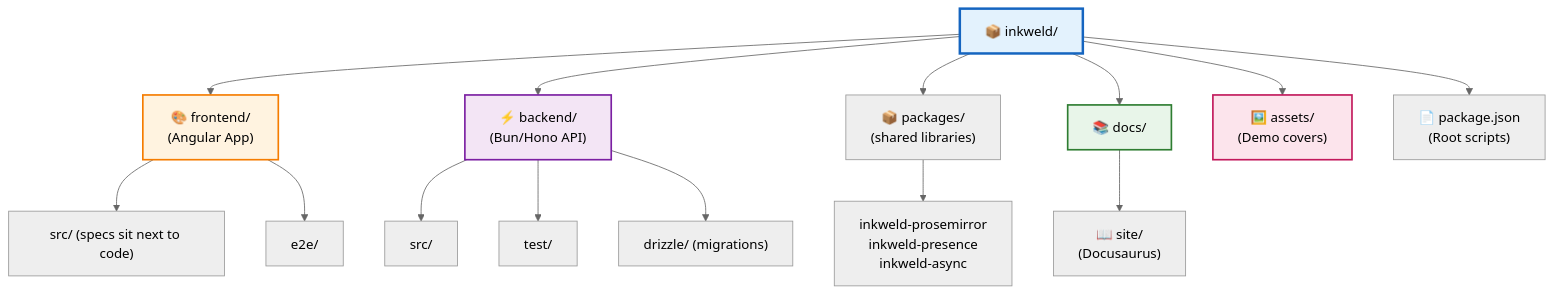
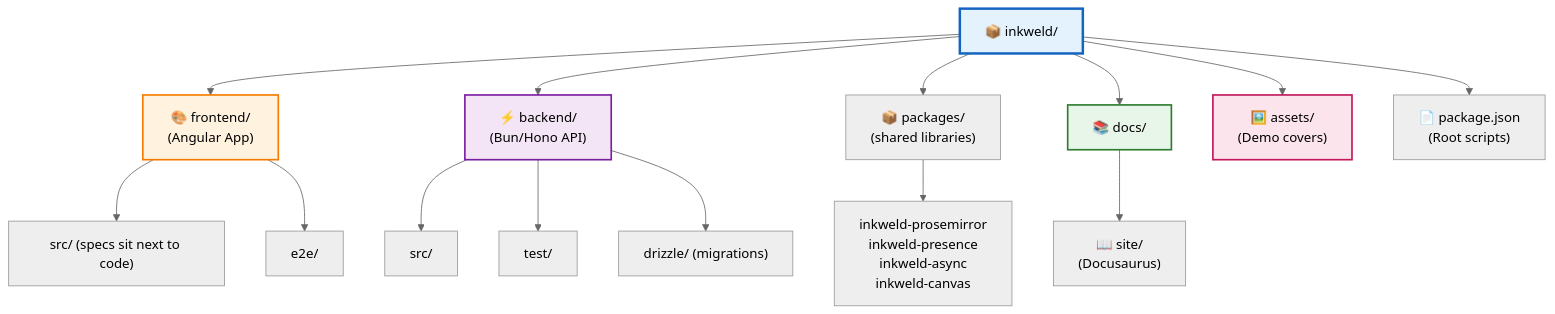
One commit to bobbyquantum/inkweld changed the ninth of 9 diagrams in docs/site/docs/developer/architecture.md. Above: the diagram before and after it, drawn with Mermaid. The commit also changed other lines of this file and 80 other files, not shown here.

````diff
--- a/docs/site/docs/developer/architecture.md
+++ b/docs/site/docs/developer/architecture.md
@@ -718,29 +719,29 @@
 ```mermaid
 %%{init: {'theme':'neutral'}}%%
 graph TD
     Root["📦 inkweld/"]
 
     Root --> FE["🎨 frontend/<br/>(Angular App)"]
     Root --> BE["⚡ backend/<br/>(Bun/Hono API)"]
     Root --> PK["📦 packages/<br/>(shared libraries)"]
     Root --> Docs["📚 docs/"]
     Root --> Assets["🖼️ assets/<br/>(Demo covers)"]
     Root --> PKG["📄 package.json<br/>(Root scripts)"]
 
     Docs --> Site["📖 site/<br/>(Docusaurus)"]
 
     FE --> FESrc["src/ (specs sit next to code)"]
     FE --> FEE2E["e2e/"]
 
     BE --> BESrc["src/"]
     BE --> BETest["test/"]
     BE --> BEMig["drizzle/ (migrations)"]
 
-    PK --> PKP["inkweld-prosemirror<br/>inkweld-presence<br/>inkweld-async"]
+    PK --> PKP["inkweld-prosemirror<br/>inkweld-presence<br/>inkweld-async<br/>inkweld-canvas"]
 
     style Root fill:#e3f2fd,stroke:#1565c0,stroke-width:3px
     style FE fill:#fff3e0,stroke:#f57c00,stroke-width:2px
     style BE fill:#f3e5f5,stroke:#7b1fa2,stroke-width:2px
     style Docs fill:#e8f5e9,stroke:#2e7d32,stroke-width:2px
     style Assets fill:#fce4ec,stroke:#c2185b,stroke-width:2px
 ```
````
